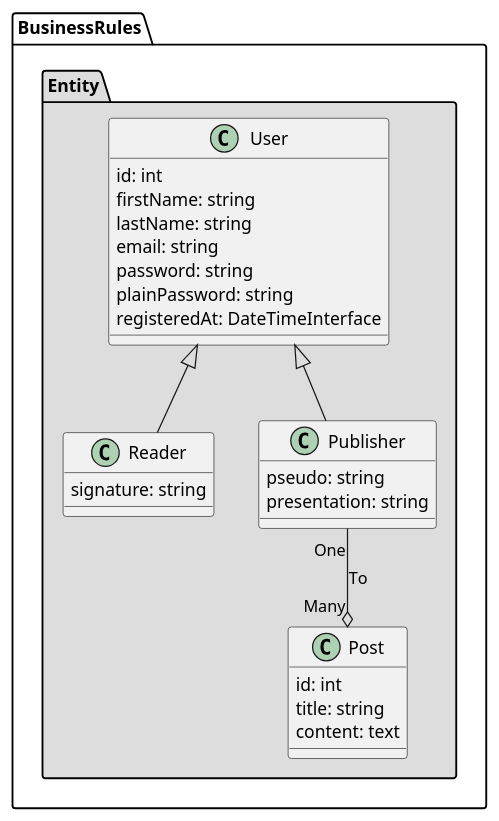
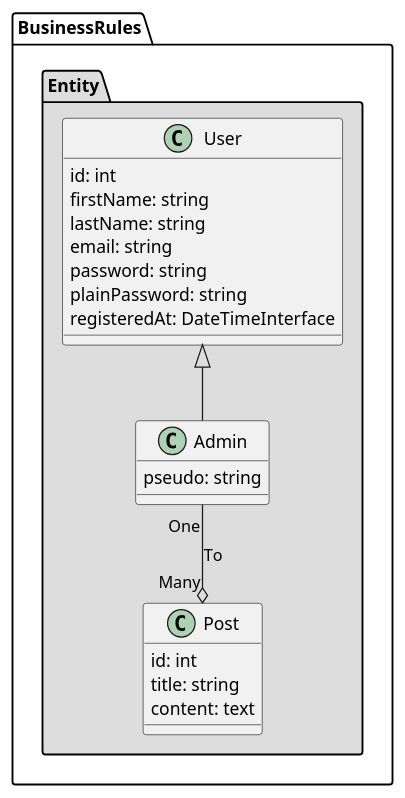
One commit to jusdepixel/base changed the diagram in features/class_diagram.puml. Above: the diagram before and after it, drawn with PlantUML.

Commit message:
refactor: class_diagram.puml

```diff
--- a/features/class_diagram.puml
+++ b/features/class_diagram.puml
@@ -1,39 +1,33 @@
 @startuml
 
 package "BusinessRules" #fff {
 
     package "Entity" #ddd {
 
         class User {
             {field} id: int
             {field} firstName: string
             {field} lastName: string
             {field} email: string
             {field} password: string
             {field} plainPassword: string
             {field} registeredAt: DateTimeInterface
         }
 
-        class Reader {
-            {field} signature: string
-        }
-
-        class Publisher {
+        class Admin {
             {field} pseudo: string
-            {field} presentation: string
         }
 
         class Post {
             {field} id: int
             {field} title: string
             {field} content: text
         }
 
-        User <|-- Reader
-        User <|-- Publisher
+        User <|-- Admin
 
-        Publisher "One" --o "Many" Post : To
+        Admin "One" --o "Many" Post : To
     }
 }
 
 @enduml
```
